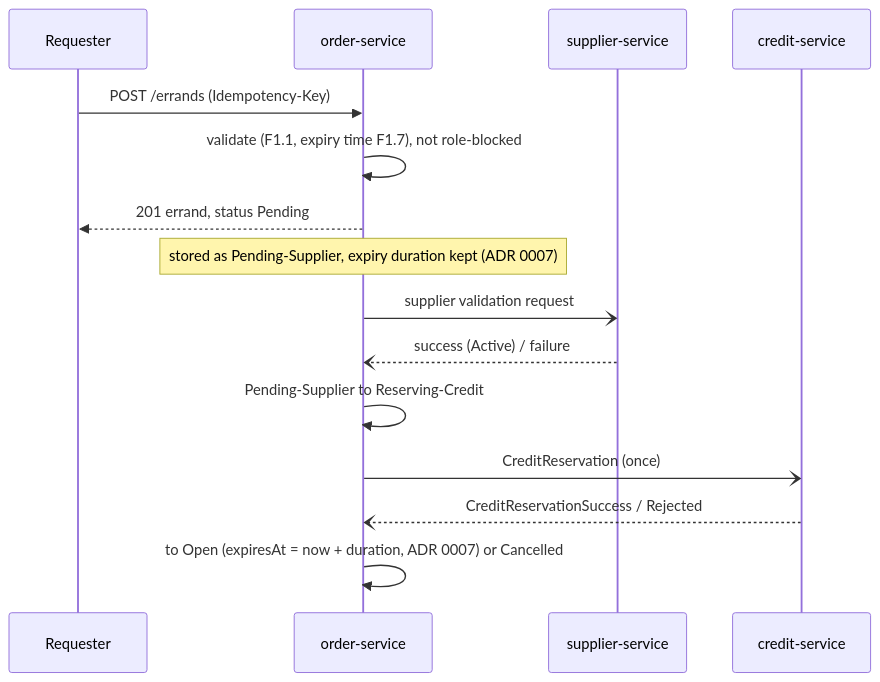
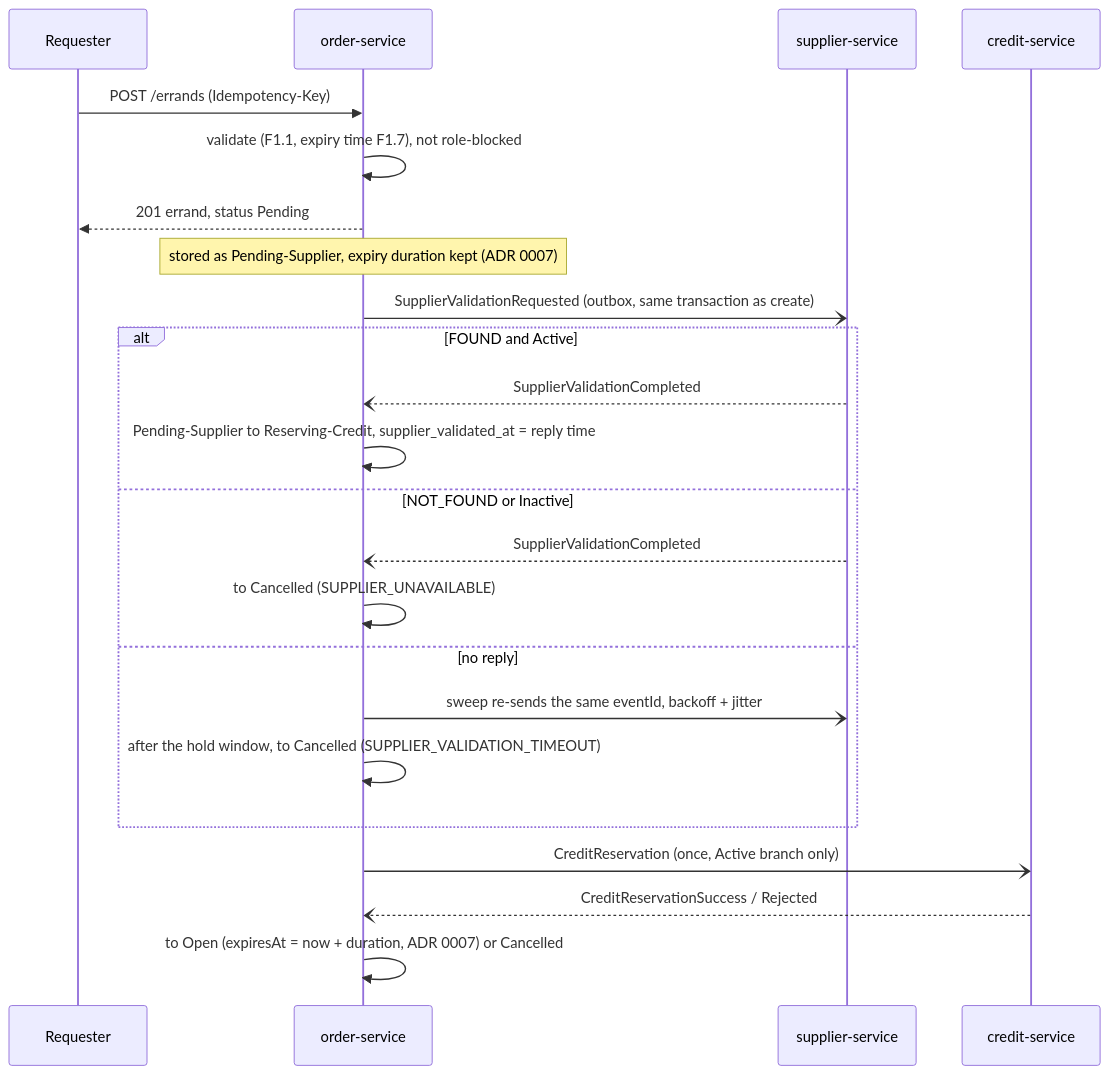
Before and after one commit to AY2627S1-CS3219-P27/FoC: the fourth of 4 diagrams in order-service/ARCHITECTURE.md, drawn with Mermaid. The commit also changed other lines of this file and 3 other files, not shown here.

Commit message:
Document supplier validation flow

````diff
--- a/order-service/ARCHITECTURE.md
+++ b/order-service/ARCHITECTURE.md
@@ -166,17 +166,25 @@
 ```mermaid
 sequenceDiagram
   participant R as Requester
   participant O as order-service
   participant S as supplier-service
   participant K as credit-service
   R->>O: POST /errands (Idempotency-Key)
   O->>O: validate (F1.1, expiry time F1.7), not role-blocked
   O-->>R: 201 errand, status Pending
   Note over O: stored as Pending-Supplier, expiry duration kept (ADR 0007)
-  O-)S: supplier validation request
-  S--)O: success (Active) / failure
-  O->>O: Pending-Supplier to Reserving-Credit
-  O-)K: CreditReservation (once)
+  O-)S: SupplierValidationRequested (outbox, same transaction as create)
+  alt FOUND and Active
+    S--)O: SupplierValidationCompleted
+    O->>O: Pending-Supplier to Reserving-Credit, supplier_validated_at = reply time
+  else NOT_FOUND or Inactive
+    S--)O: SupplierValidationCompleted
+    O->>O: to Cancelled (SUPPLIER_UNAVAILABLE)
+  else no reply
+    O-)S: sweep re-sends the same eventId, backoff + jitter
+    O->>O: after the hold window, to Cancelled (SUPPLIER_VALIDATION_TIMEOUT)
+  end
+  O-)K: CreditReservation (once, Active branch only)
   K--)O: CreditReservationSuccess / Rejected
   O->>O: to Open (expiresAt = now + duration, ADR 0007) or Cancelled
 ```
````
